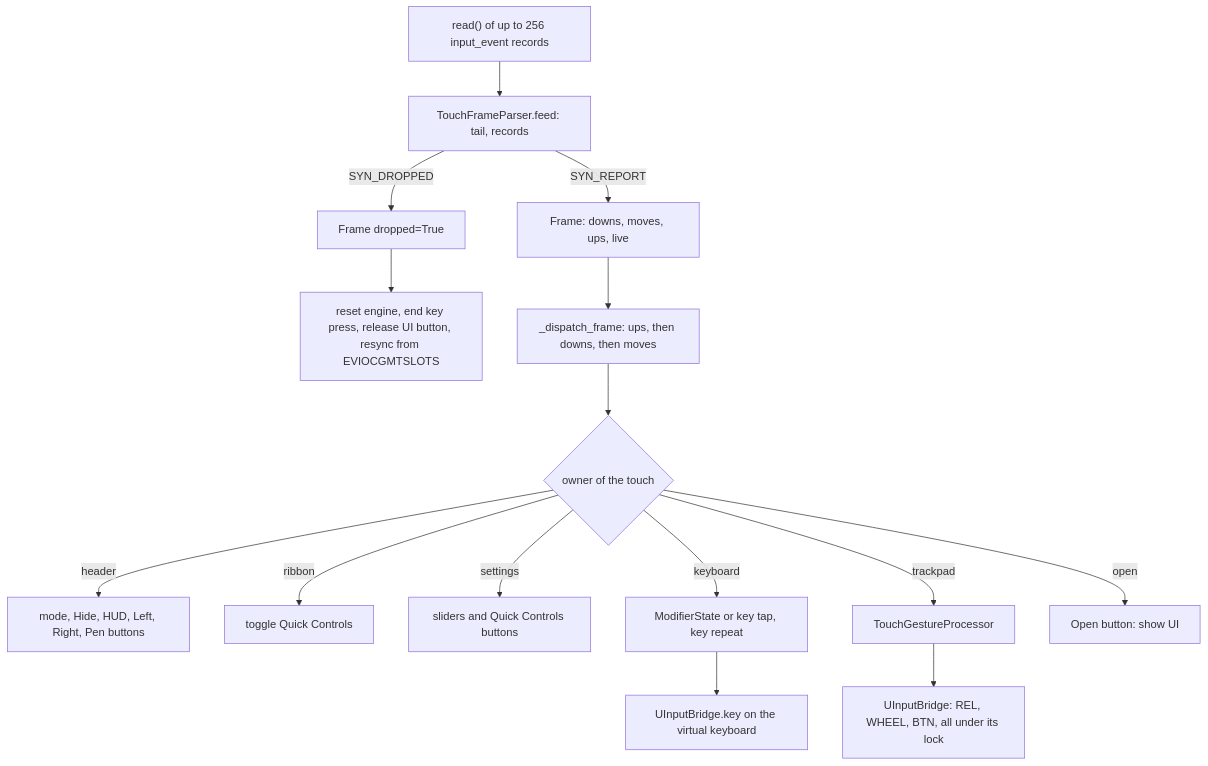
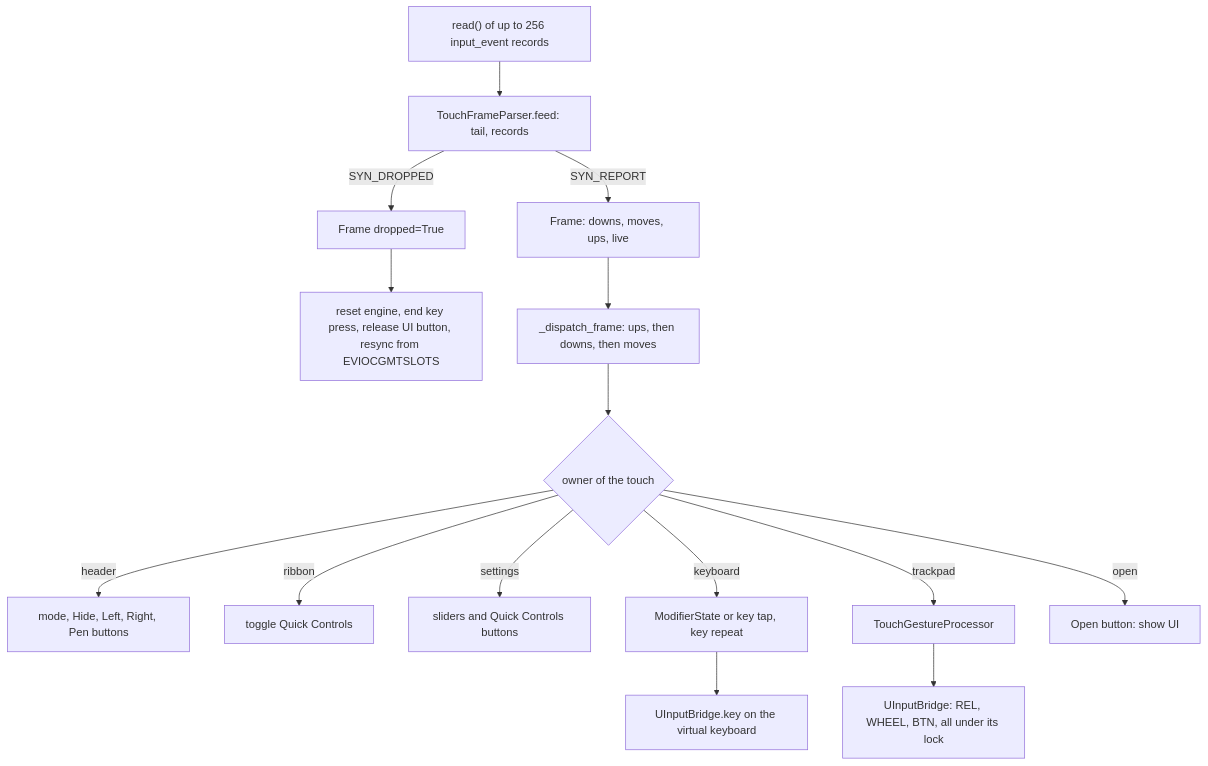
One commit to venatrix-ritz/Ratatoskr changed the first of 2 diagrams in docs/design-spec/02-touch-path.md. Above: the diagram before and after it, drawn with Mermaid. The commit also changed other lines of this file and 26 other files, not shown here.

````diff
--- a/docs/design-spec/02-touch-path.md
+++ b/docs/design-spec/02-touch-path.md
@@ -5,17 +5,17 @@
 ```mermaid
 flowchart TD
   A["read() of up to 256 input_event records"] --> B["TouchFrameParser.feed: tail, records"]
   B -->|SYN_DROPPED| C["Frame dropped=True"]
   B -->|SYN_REPORT| D["Frame: downs, moves, ups, live"]
   C --> E["reset engine, end key press, release UI button, resync from EVIOCGMTSLOTS"]
   D --> F["_dispatch_frame: ups, then downs, then moves"]
   F --> G{"owner of the touch"}
-  G -->|header| H["mode, Hide, HUD, Left, Right, Pen buttons"]
+  G -->|header| H["mode, Hide, Left, Right, Pen buttons"]
   G -->|ribbon| I["toggle Quick Controls"]
   G -->|settings| J["sliders and Quick Controls buttons"]
   G -->|keyboard| K["ModifierState or key tap, key repeat"]
   G -->|trackpad| L["TouchGestureProcessor"]
   G -->|open| M["Open button: show UI"]
   L --> N["UInputBridge: REL, WHEEL, BTN, all under its lock"]
   K --> O["UInputBridge.key on the virtual keyboard"]
 ```
````
